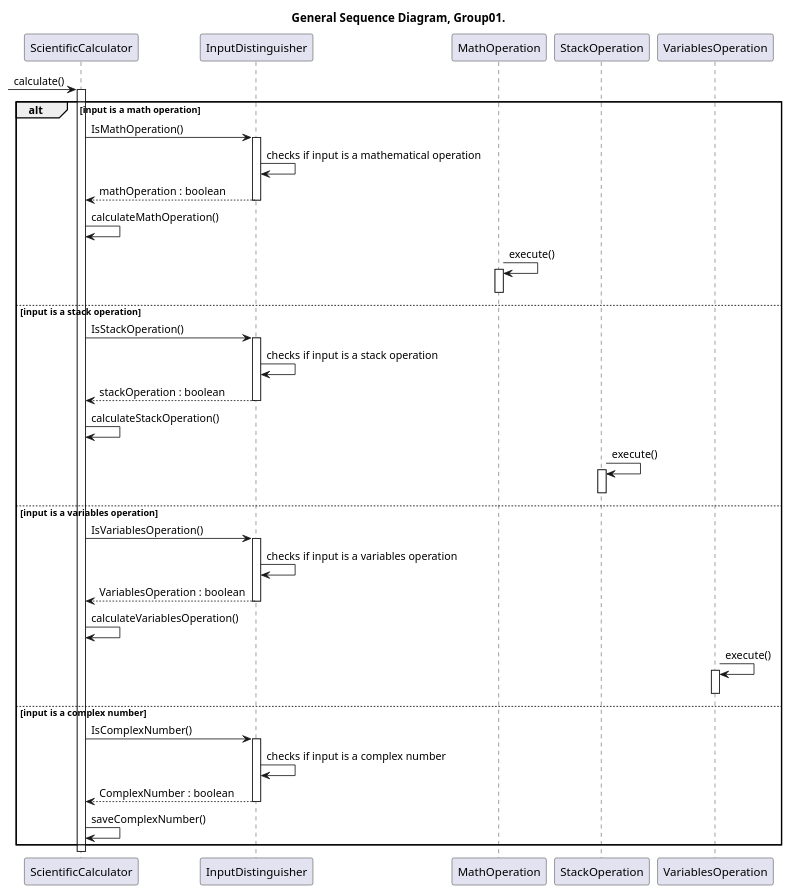
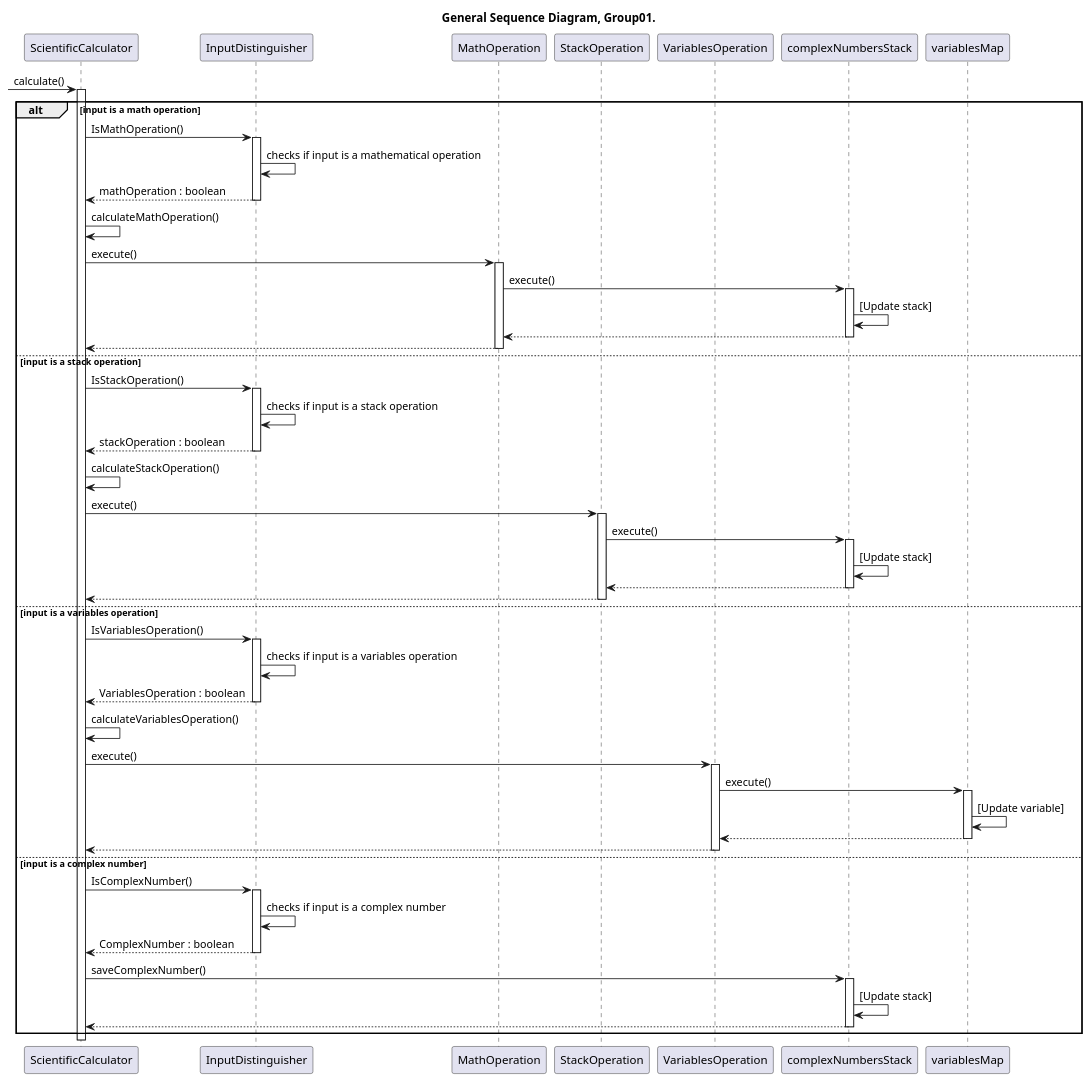
Before and after one commit to CiroCutolo/Scientific_Calculator_group01_2023: the diagram in sequence_diagram/General_SequenceDiagram_Group01.puml, drawn with PlantUML. The commit also changed 10 other files, not shown here.

Commit message:
Modifiche apportate ad i sequence diagrams.

```diff
--- a/sequence_diagram/General_SequenceDiagram_Group01.puml
+++ b/sequence_diagram/General_SequenceDiagram_Group01.puml
@@ -1,73 +1,97 @@
 @startuml General_SequenceDiagram_Group01
 
 title General Sequence Diagram, Group01.
 
 participant ScientificCalculator as calc
 participant InputDistinguisher as input
 participant MathOperation as math
 participant StackOperation as stack
 participant VariablesOperation as Variables
+participant complexNumbersStack as num_stack
+participant variablesMap as var_map
 
 -> calc:calculate()
 activate calc
 
 
 ' math op case starts
 alt input is a math operation
 
 calc -> input : IsMathOperation()
 activate input
 input -> input : checks if input is a mathematical operation
 input --> calc : mathOperation : boolean
 deactivate input
 
 calc -> calc : calculateMathOperation()
-math -> math : execute()
+calc -> math : execute()
 activate math
+math -> num_stack : execute()
+activate num_stack
+num_stack -> num_stack : [Update stack]
+num_stack --> math
+deactivate num_stack
+math --> calc
 deactivate math
+
 
 
 ' stack op case starts
 else input is a stack operation
 
 calc -> input : IsStackOperation()
 activate input
 input -> input : checks if input is a stack operation
 input --> calc : stackOperation : boolean
 deactivate input
 
 calc -> calc : calculateStackOperation()
-stack -> stack : execute()
+calc -> stack : execute()
 activate stack
+stack -> num_stack : execute()
+activate num_stack
+num_stack -> num_stack : [Update stack]
+num_stack --> stack
+deactivate num_stack
+stack --> calc
 deactivate stack
 
 
 ' variables op case starts
 else input is a variables operation
 
 calc -> input : IsVariablesOperation()
 activate input
 input -> input : checks if input is a variables operation
 input --> calc : VariablesOperation : boolean
 deactivate input
 
 calc -> calc : calculateVariablesOperation()
-Variables -> Variables : execute()
+calc -> Variables : execute()
 activate Variables
+Variables -> var_map : execute()
+activate var_map
+var_map -> var_map : [Update variable]
+var_map --> Variables
+deactivate var_map
+Variables --> calc
 deactivate Variables
 
 
 ' complex number case starts
 else input is a complex number 
 
 calc -> input : IsComplexNumber()
 activate input
 input -> input : checks if input is a complex number
 input --> calc : ComplexNumber : boolean
 deactivate input
 
-calc -> calc : saveComplexNumber()
-
+calc -> num_stack : saveComplexNumber()
+activate num_stack
+num_stack -> num_stack : [Update stack]
+num_stack --> calc
+deactivate num_stack
 end
 
 @enduml
```
